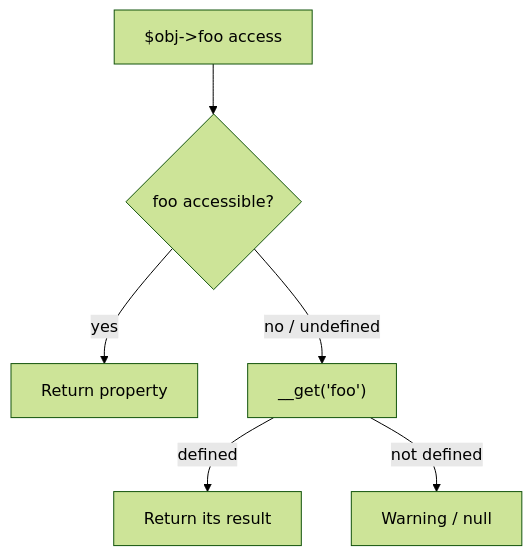
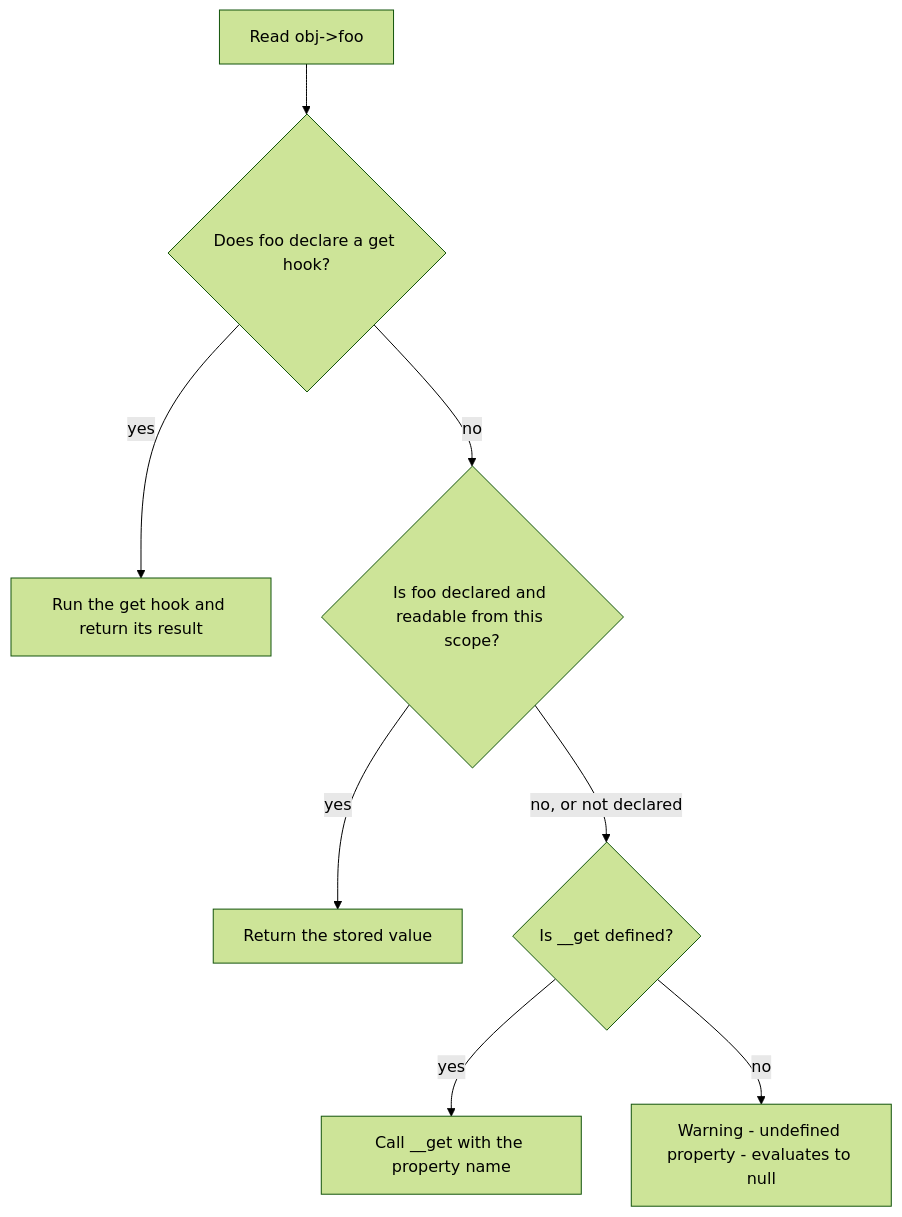
Before and after one commit to jasseryah-mazars/Sf-8.0: the second of 3 diagrams in docs/php-web-security/oop.md, drawn with Mermaid (forest theme). The commit also changed other lines of this file and 18 other files, not shown here.

````diff
--- a/docs/php-web-security/oop.md
+++ b/docs/php-web-security/oop.md
@@ -205,8 +444,10 @@
 ```mermaid
 flowchart TD
-    A["$obj->foo access"] --> B{foo accessible?}
-    B -->|yes| C[Return property]
-    B -->|no / undefined| D["__get('foo')"]
-    D -->|defined| E[Return its result]
-    D -->|not defined| F[Warning / null]
+    R["Read obj->foo"] --> H{"Does foo declare a get hook?"}
+    H -->|yes| G["Run the get hook and return its result"]
+    H -->|no| V{"Is foo declared and readable from this scope?"}
+    V -->|yes| P["Return the stored value"]
+    V -->|"no, or not declared"| M{"Is __get defined?"}
+    M -->|yes| C["Call __get with the property name"]
+    M -->|no| W["Warning - undefined property - evaluates to null"]
 ```
````
